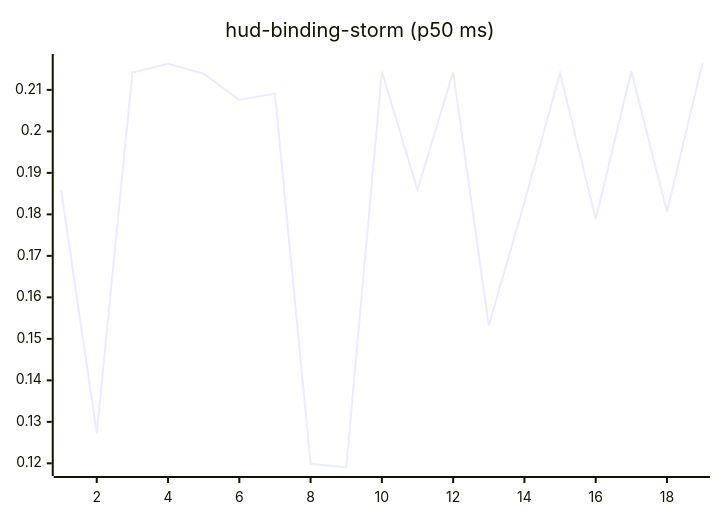
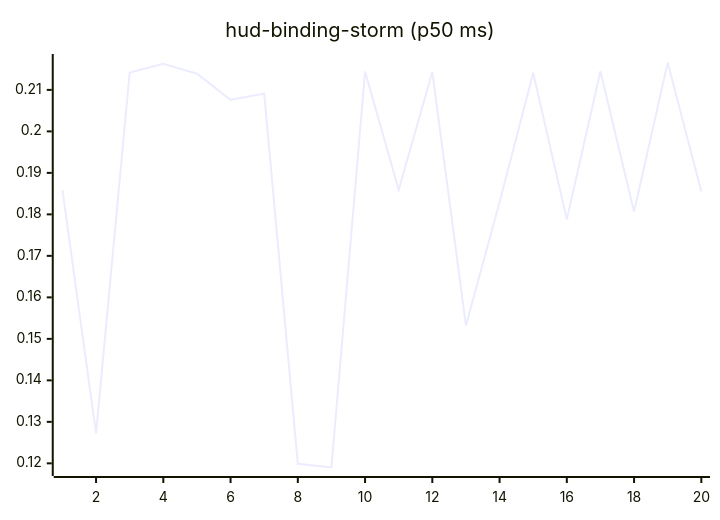
Before and after one commit to josha/Facet: the tenth of 27 diagrams in README.md, drawn with Mermaid. The commit also changed other lines of this file and 2 other files, not shown here.

````diff
--- a/README.md
+++ b/README.md
@@ -126,6 +126,6 @@
 ```mermaid
 xychart-beta
     title "hud-binding-storm (p50 ms)"
-    x-axis 1 --> 19
-    line [0.1859, 0.1272, 0.2142, 0.2163, 0.2139, 0.2076, 0.2091, 0.1199, 0.1190, 0.2144, 0.1859, 0.2143, 0.1532, 0.1829, 0.2141, 0.1788, 0.2145, 0.1806, 0.2166]
+    x-axis 1 --> 20
+    line [0.1859, 0.1272, 0.2142, 0.2163, 0.2139, 0.2076, 0.2091, 0.1199, 0.1190, 0.2144, 0.1859, 0.2143, 0.1532, 0.1829, 0.2141, 0.1788, 0.2145, 0.1806, 0.2166, 0.1855]
 ```
````
